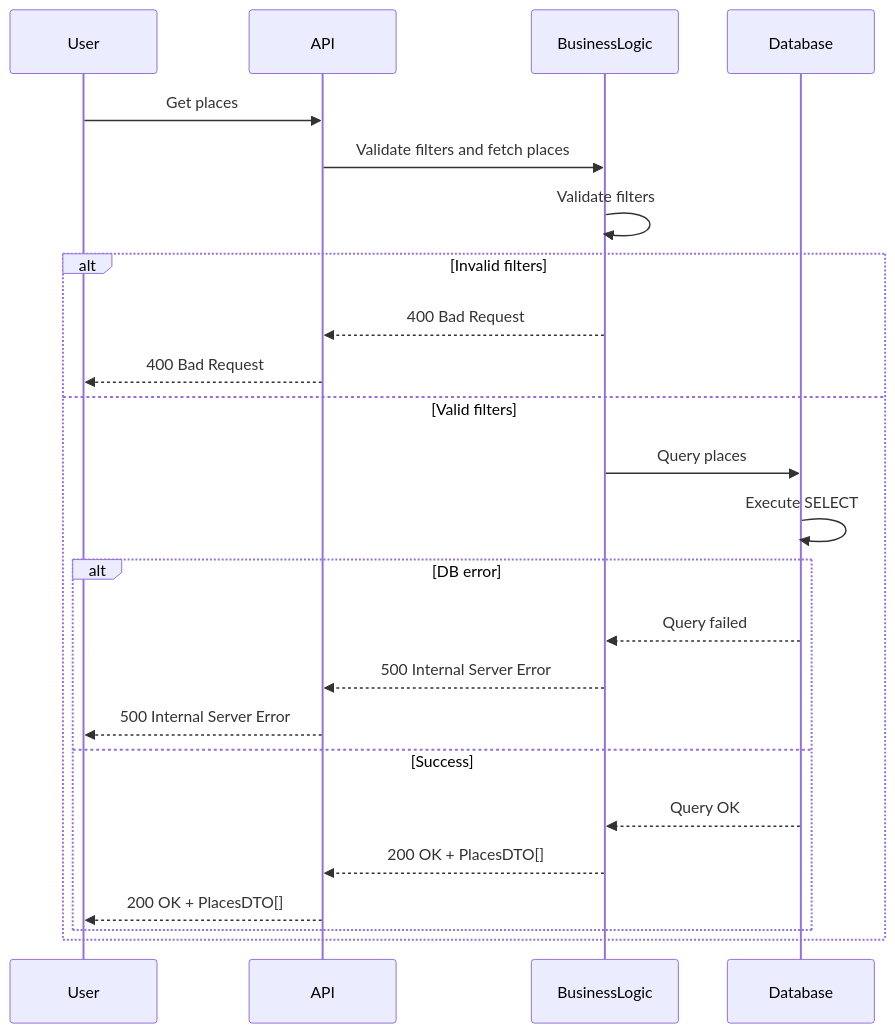
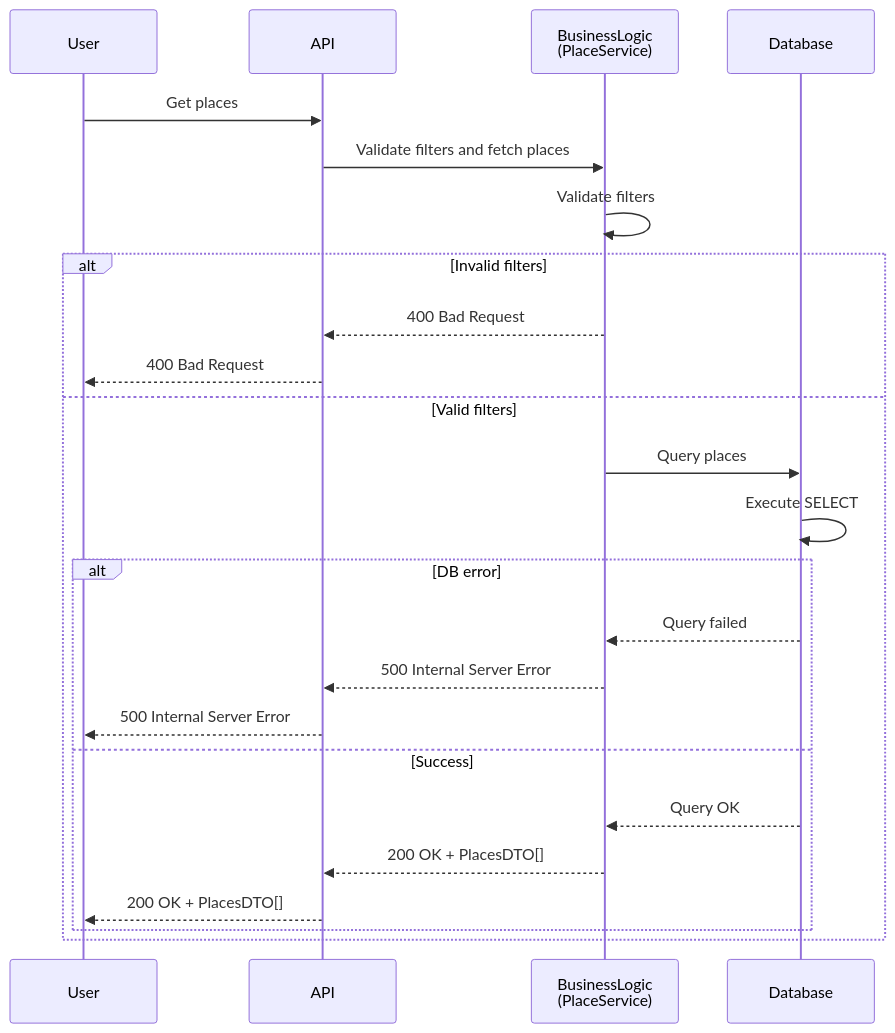
One commit to AdeleM-prog/holbertonschool-hbnb changed the fourth of 4 diagrams in part1/SequenceDiagrams.md. Above: the diagram before and after it, drawn with Mermaid. The commit also changed other lines of this file, not shown here.

Commit message:
Refactor sequence diagrams for clarity and consistency

````diff
--- a/part1/SequenceDiagrams.md
+++ b/part1/SequenceDiagrams.md
@@ -191,32 +191,32 @@
 ```mermaid
 sequenceDiagram
 
 participant User
 participant API
-participant BusinessLogic
-participant Database
+participant BL as BusinessLogic<br/>(PlaceService)
+participant DB as Database
 
 User->>API: Get places
-API->>BusinessLogic: Validate filters and fetch places
-BusinessLogic->>BusinessLogic: Validate filters
+API->>BL: Validate filters and fetch places
+BL->>BL: Validate filters
 
 alt Invalid filters
-    BusinessLogic-->>API: 400 Bad Request
+    BL-->>API: 400 Bad Request
     API-->>User: 400 Bad Request
 
 else Valid filters
-    BusinessLogic->>Database: Query places
-    Database->>Database: Execute SELECT
+    BL->>DB: Query places
+    DB->>DB: Execute SELECT
 
     alt DB error
-        Database-->>BusinessLogic: Query failed
-        BusinessLogic-->>API: 500 Internal Server Error
+        DB-->>BL: Query failed
+        BL-->>API: 500 Internal Server Error
         API-->>User: 500 Internal Server Error
     
     else Success
-        Database-->>BusinessLogic: Query OK
-        BusinessLogic-->>API: 200 OK + PlacesDTO[]
+        DB-->>BL: Query OK
+        BL-->>API: 200 OK + PlacesDTO[]
         API-->>User: 200 OK + PlacesDTO[]
     end
 end
 ```
````
